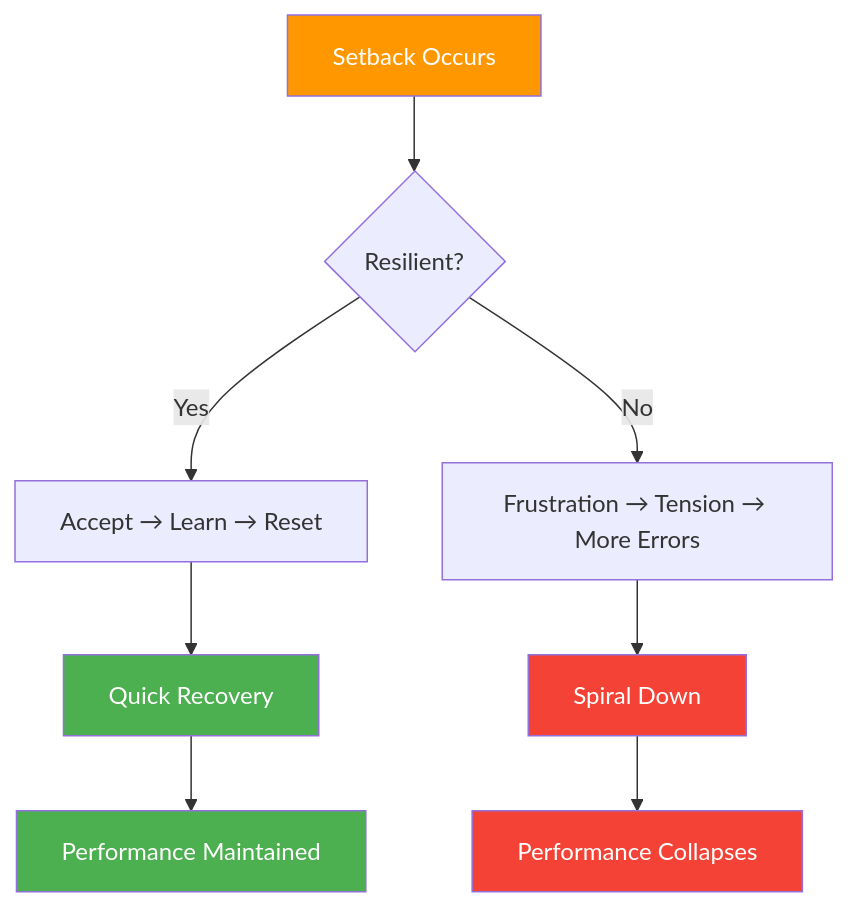
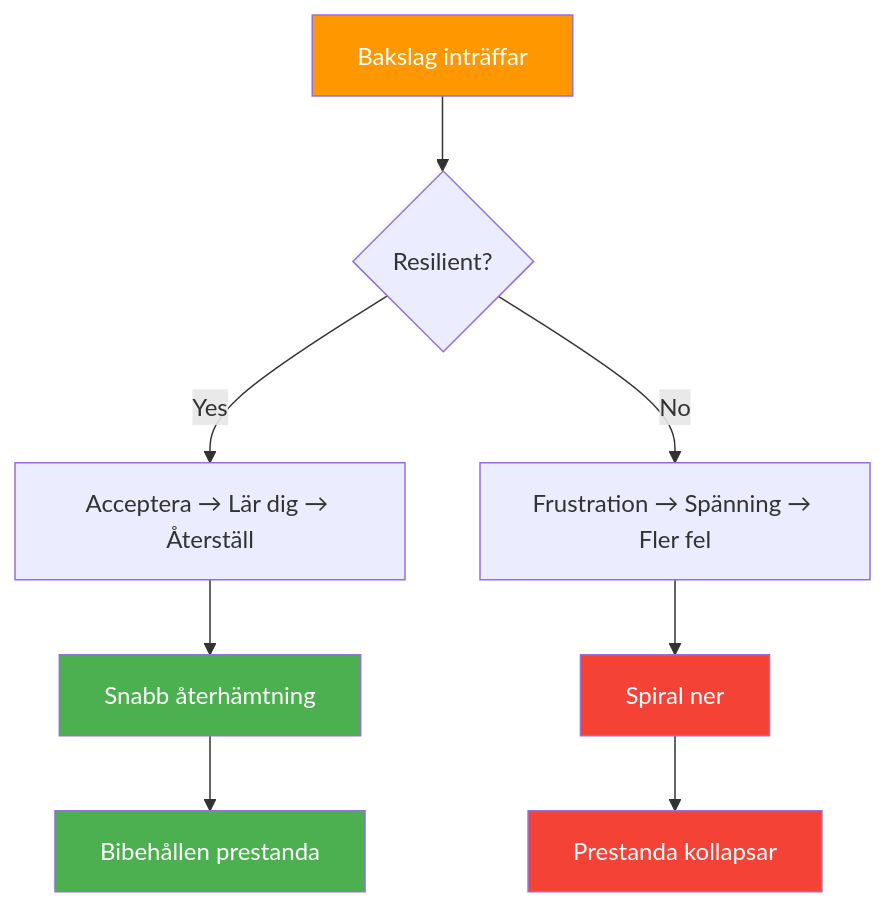
The diagram in docs/sv/articles/mental-resilience.md (patwii/petanque-academy), drawn with Mermaid before and after one commit. The commit also changed other lines of this file and 550 other files, not shown here.

````diff
--- a/docs/sv/articles/mental-resilience.md
+++ b/docs/sv/articles/mental-resilience.md
@@ -20,19 +20,19 @@
 ```mermaid
 flowchart TD
-    A[Setback Occurs] --> B{Resilient?}
+    A[Bakslag inträffar] --> B{Resilient?}
 
-    B -->|Yes| C[Accept → Learn → Reset]
-    B -->|No| D[Frustration → Tension → More Errors]
+    B -->|Yes| C[Acceptera → Lär dig → Återställ]
+    B -->|No| D[Frustration → Spänning → Fler fel]
 
-    C --> E[Quick Recovery]
-    D --> F[Spiral Down]
+    C --> E[Snabb återhämtning]
+    D --> F[Spiral ner]
 
-    E --> G[Performance Maintained]
-    F --> H[Performance Collapses]
+    E --> G[Bibehållen prestanda]
+    F --> H[Prestanda kollapsar]
 
     style A fill:#FF9800,color:#fff
     style E fill:#4CAF50,color:#fff
     style G fill:#4CAF50,color:#fff
     style F fill:#f44336,color:#fff
     style H fill:#f44336,color:#fff
 ```
````
